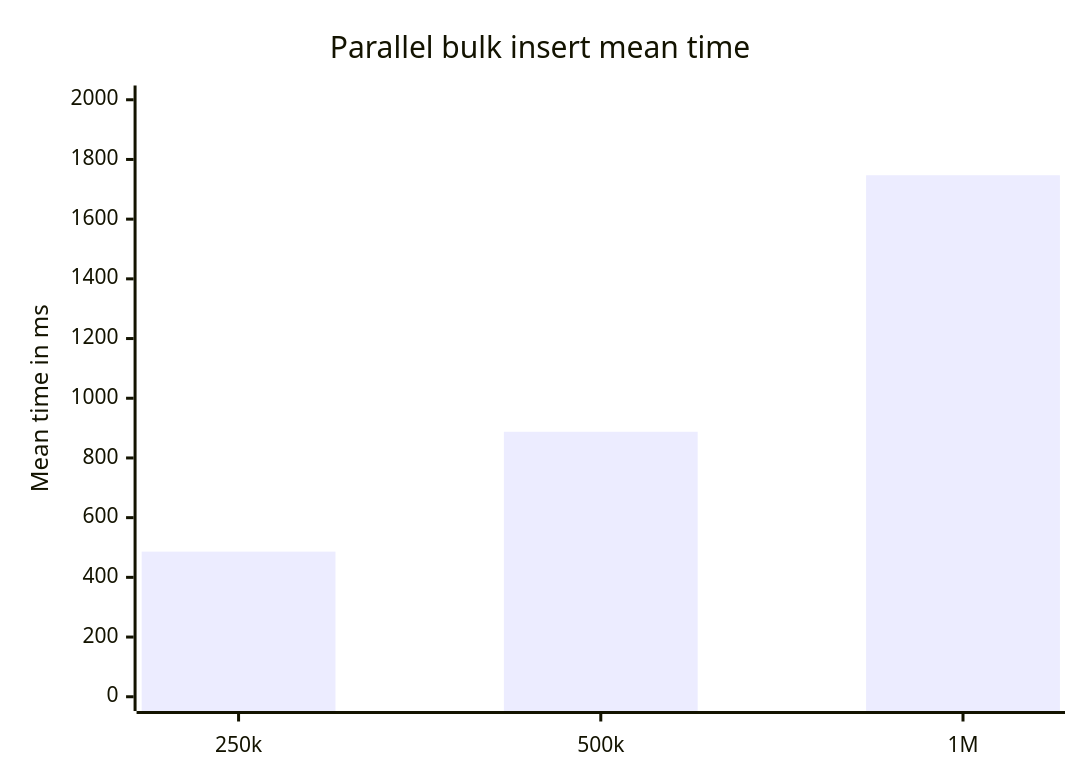
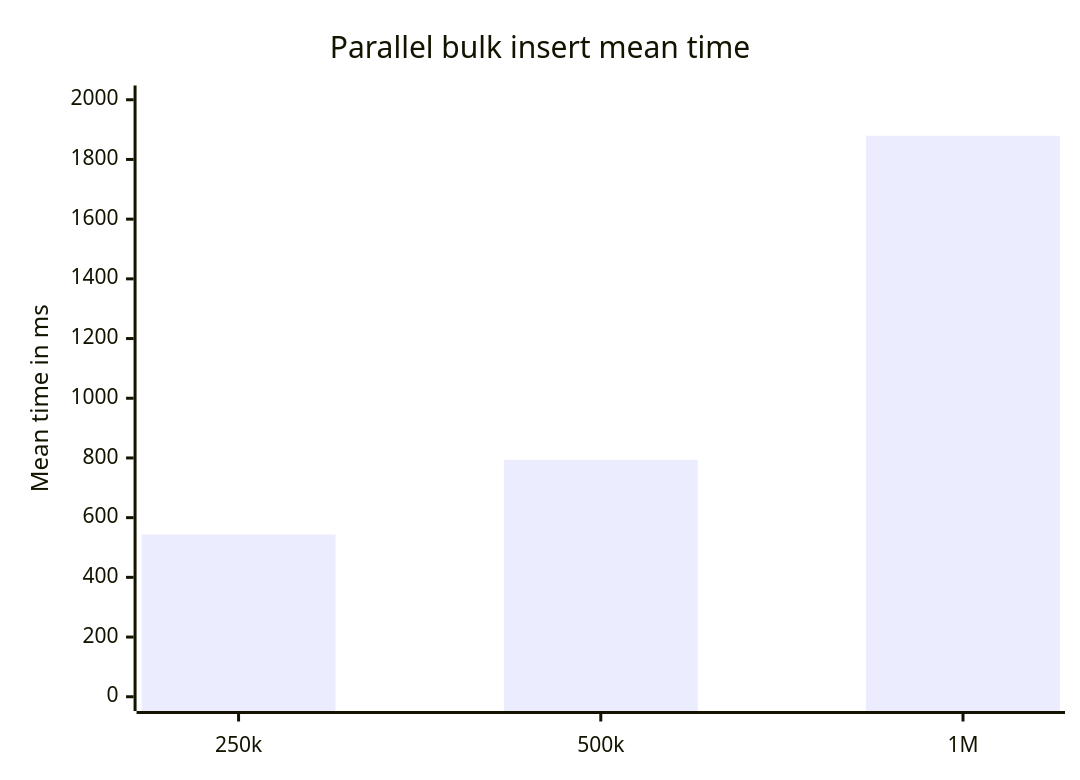
One commit to SolidArcSoftware/DataArc.EntityFrameworkCore changed the third of 4 diagrams in README.md. Above: the diagram before and after it, drawn with Mermaid. The commit also changed other lines of this file and 2 other files, not shown here.

````diff
--- a/README.md
+++ b/README.md
@@ -754,7 +771,7 @@
 ```mermaid
 xychart-beta
     title "Parallel bulk insert mean time"
     x-axis ["250k", "500k", "1M"]
     y-axis "Mean time in ms" 0 --> 2000
-    bar [486.2, 887.7, 1747.1]
+    bar [543.5, 793.7, 1879.3]
 ```
````
